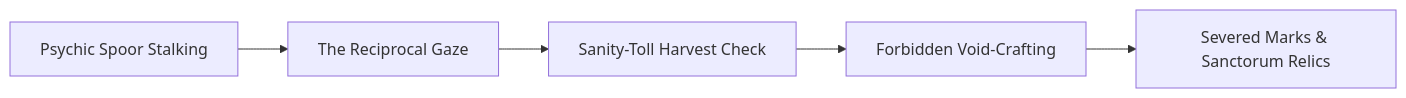
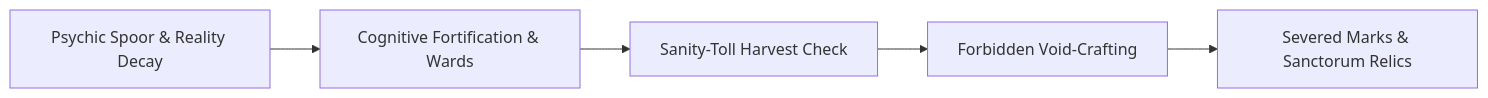
The fourth of 4 diagrams in src/content/wiki/Custom Rules/Custom Rules.md (TheBigWazowkski1997/The-Shattered-Loom-Online-Wiki), drawn with Mermaid before and after one commit. The commit also changed other lines of this file and 19 other files, not shown here.

````diff
--- a/src/content/wiki/Custom Rules/Custom Rules.md
+++ b/src/content/wiki/Custom Rules/Custom Rules.md
@@ -99,7 +99,7 @@
 ```mermaid
 graph LR
-    A["Psychic Spoor Stalking"] --> B["The Reciprocal Gaze"]
+    A["Psychic Spoor & Reality Decay"] --> B["Cognitive Fortification & Wards"]
     B --> C["Sanity-Toll Harvest Check"]
     C --> D["Forbidden Void-Crafting"]
     D --> E["Severed Marks & Sanctorum Relics"]
 ```
````
